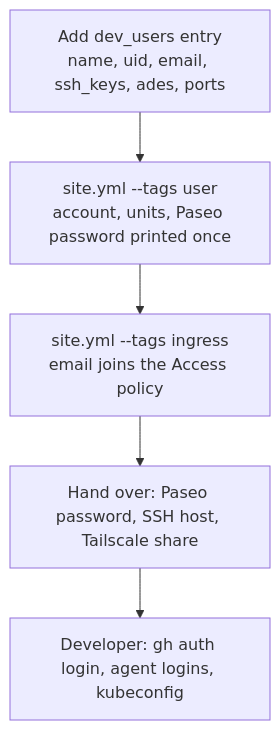
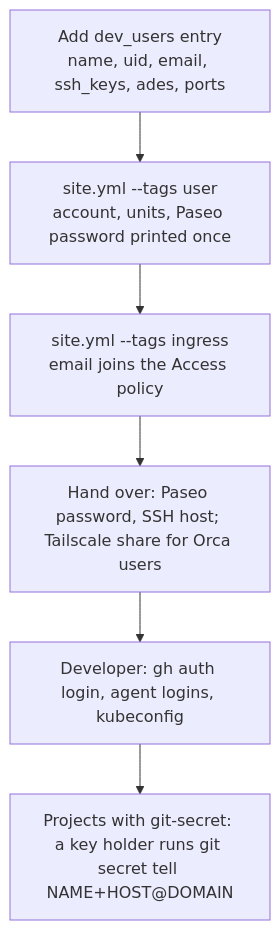
Before and after one commit to quotedo/hades: the second of 3 diagrams in docs/server.md, drawn with Mermaid. The commit also changed other lines of this file and 5 other files, not shown here.

````diff
--- a/docs/server.md
+++ b/docs/server.md
@@ -161,7 +169,8 @@
 ```mermaid
 flowchart TD
   a["Add dev_users entry<br/>name, uid, email, ssh_keys, ades, ports"] --> b["site.yml --tags user<br/>account, units, Paseo password printed once"]
   b --> c["site.yml --tags ingress<br/>email joins the Access policy"]
-  c --> d["Hand over: Paseo password, SSH host, Tailscale share"]
+  c --> d["Hand over: Paseo password, SSH host; Tailscale share for Orca users"]
   d --> e["Developer: gh auth login, agent logins, kubeconfig"]
+  e --> f["Projects with git-secret: a key holder runs git secret tell NAME+HOST@DOMAIN"]
 ```
````
